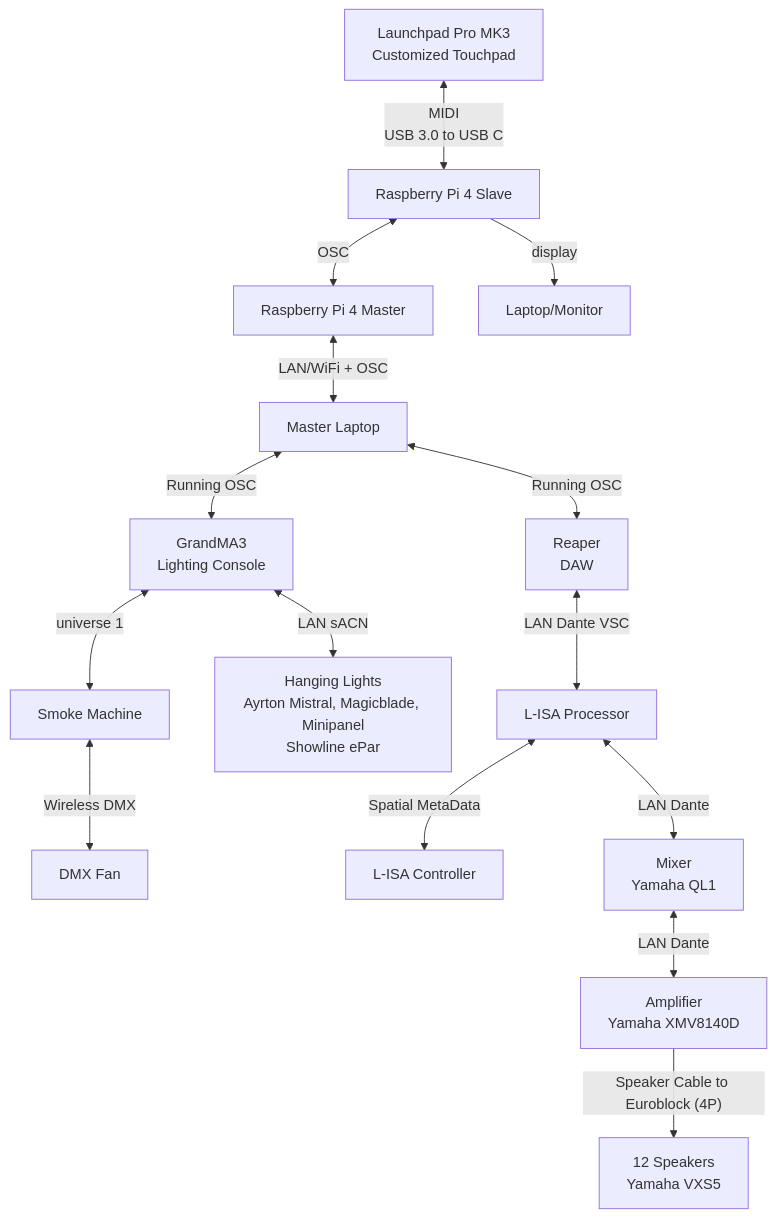
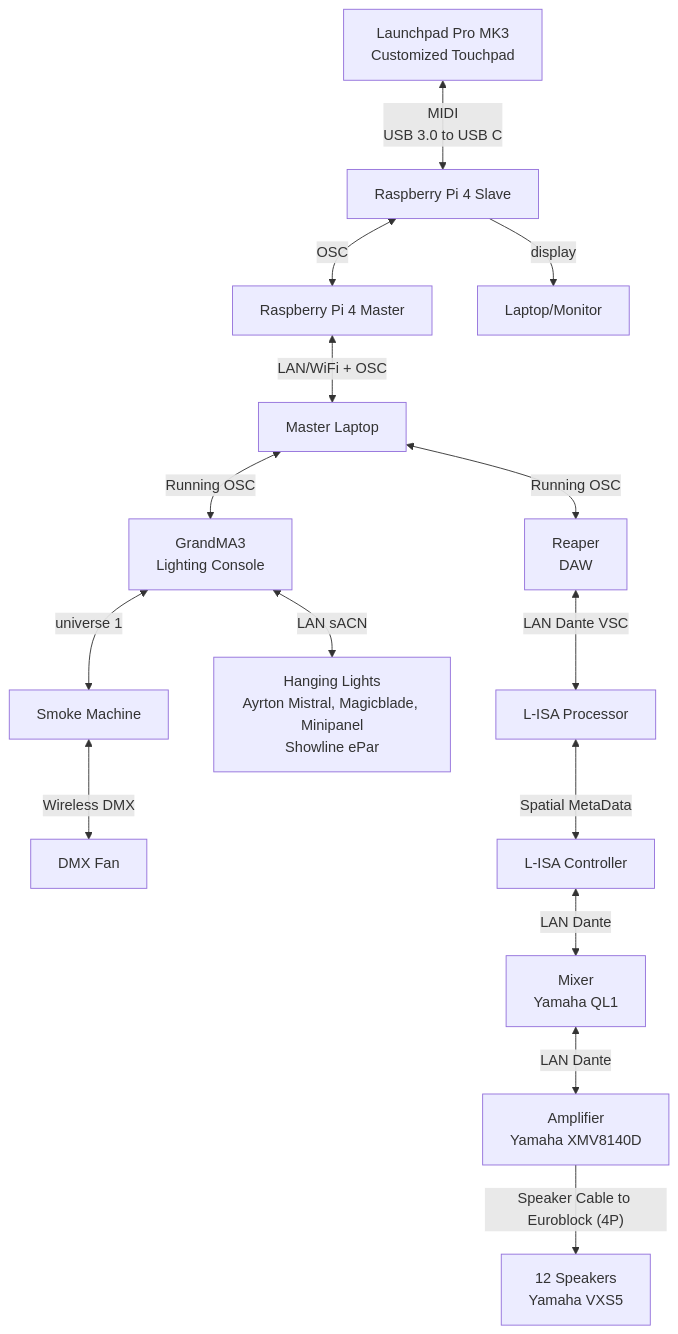
Before and after one commit to uselesskcid/EGL314-Project-S.O.N.I.C-Team-C-: the diagram in Documentation/SystemDiagram.md, drawn with Mermaid.

````diff
--- a/Documentation/SystemDiagram.md
+++ b/Documentation/SystemDiagram.md
@@ -2,22 +2,22 @@
 ```mermaid
 graph TD
 A[Raspberry Pi 4 Master] <--LAN/WiFi + OSC --> B[Master Laptop]
 
 B <--Running OSC--> C[Reaper DAW]
 B <--Running OSC--> D[GrandMA3<br>Lighting Console]
 
 C[Reaper<br>DAW] <--LAN Dante VSC --> F[L-ISA Processor]
 
 D <--LAN sACN--> E[Hanging Lights<br>Ayrton Mistral, Magicblade, Minipanel<br>Showline ePar]
 D <--universe 1--> M[Smoke Machine]
 M <--Wireless DMX--> N[DMX Fan]
 
 F <--Spatial MetaData--> G[L-ISA Controller]
-F <--LAN Dante--> H[Mixer<br>Yamaha QL1]
+G <--LAN Dante--> H[Mixer<br>Yamaha QL1]
 H <--LAN Dante--> I[Amplifier<br>Yamaha XMV8140D]
 I --Speaker Cable to Euroblock (4P)--> J[12 Speakers<br>Yamaha VXS5]
 
 K[Launchpad Pro MK3<br>Customized Touchpad] <--MIDI<br>USB 3.0 to USB C--> L[Raspberry Pi 4 Slave]
 L --display--> O[Laptop/Monitor]
 L <--OSC--> A 
 ```
````
